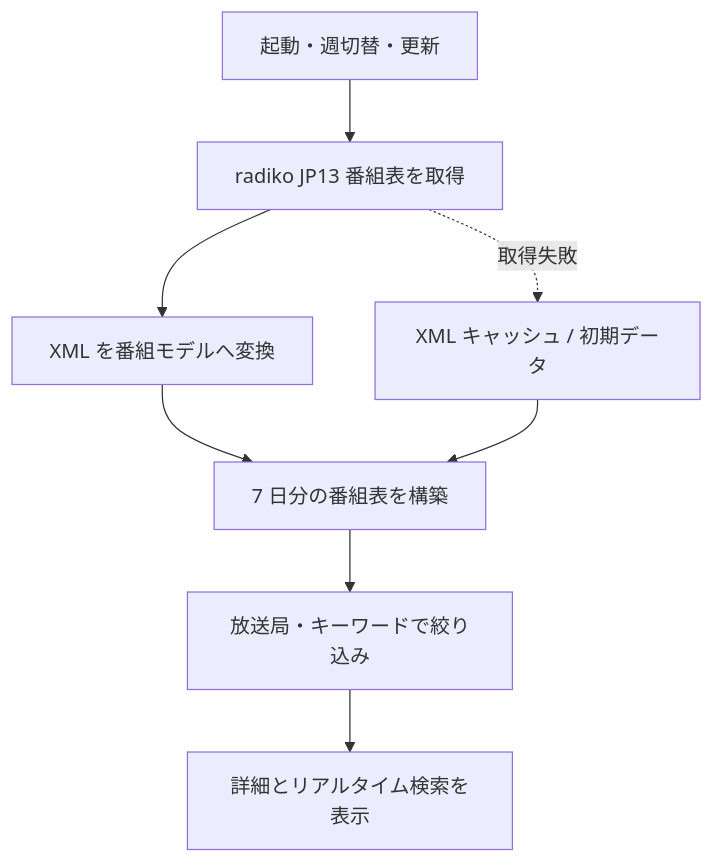
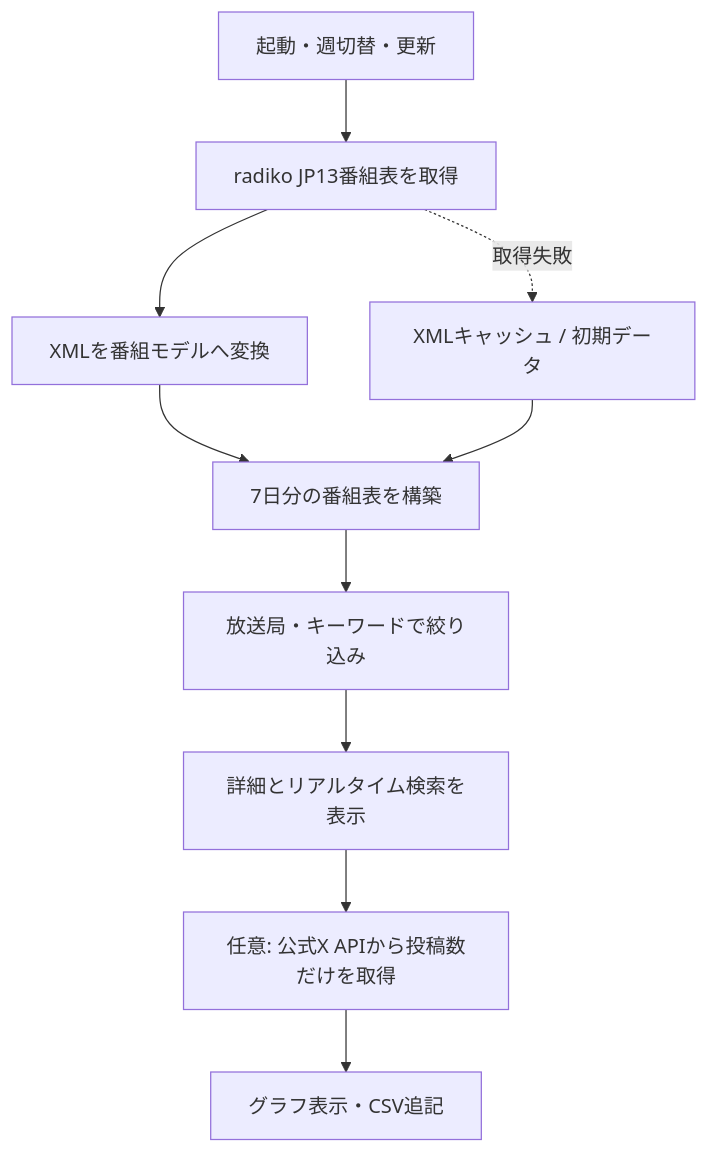
The diagram in README.md (KK1234-dev/RadioPulseViewer), drawn with Mermaid before and after one commit. The commit also changed other lines of this file, not shown here.

````diff
--- a/README.md
+++ b/README.md
@@ -28,10 +32,12 @@
 ```mermaid
 flowchart TD
-    A["起動・週切替・更新"] --> B["radiko JP13 番組表を取得"]
-    B --> C["XML を番組モデルへ変換"]
-    C --> D["7 日分の番組表を構築"]
+    A["起動・週切替・更新"] --> B["radiko JP13番組表を取得"]
+    B --> C["XMLを番組モデルへ変換"]
+    C --> D["7日分の番組表を構築"]
     D --> E["放送局・キーワードで絞り込み"]
     E --> F["詳細とリアルタイム検索を表示"]
-    B -. "取得失敗" .-> G["XML キャッシュ / 初期データ"]
-    G --> D
+    F --> G["任意: 公式X APIから投稿数だけを取得"]
+    G --> H["グラフ表示・CSV追記"]
+    B -. "取得失敗" .-> I["XMLキャッシュ / 初期データ"]
+    I --> D
 ```
````
